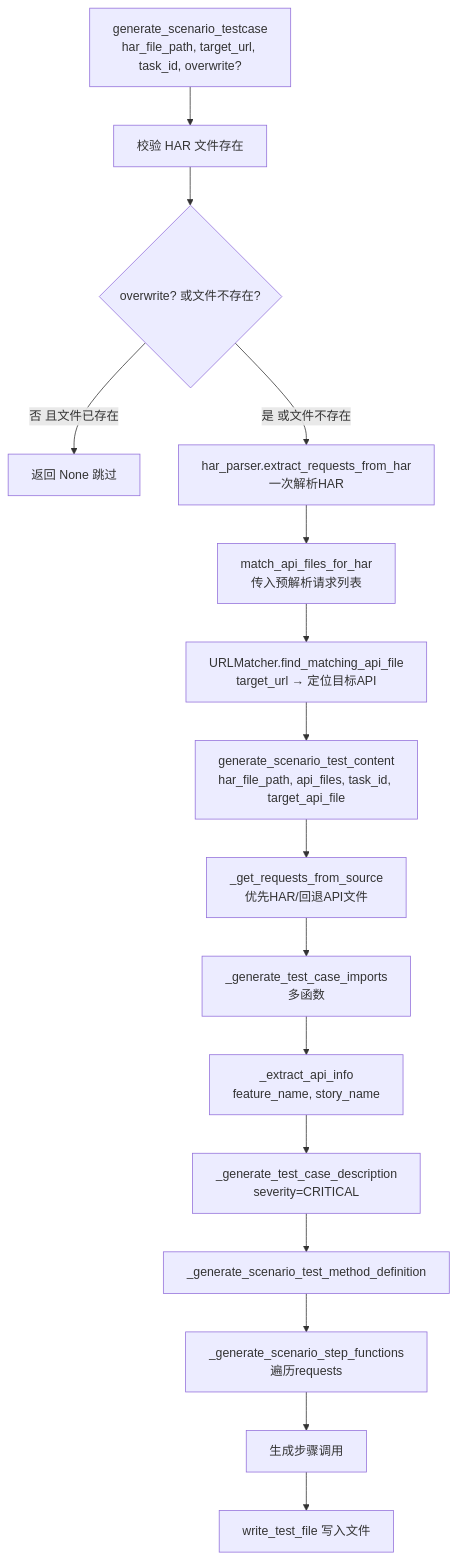
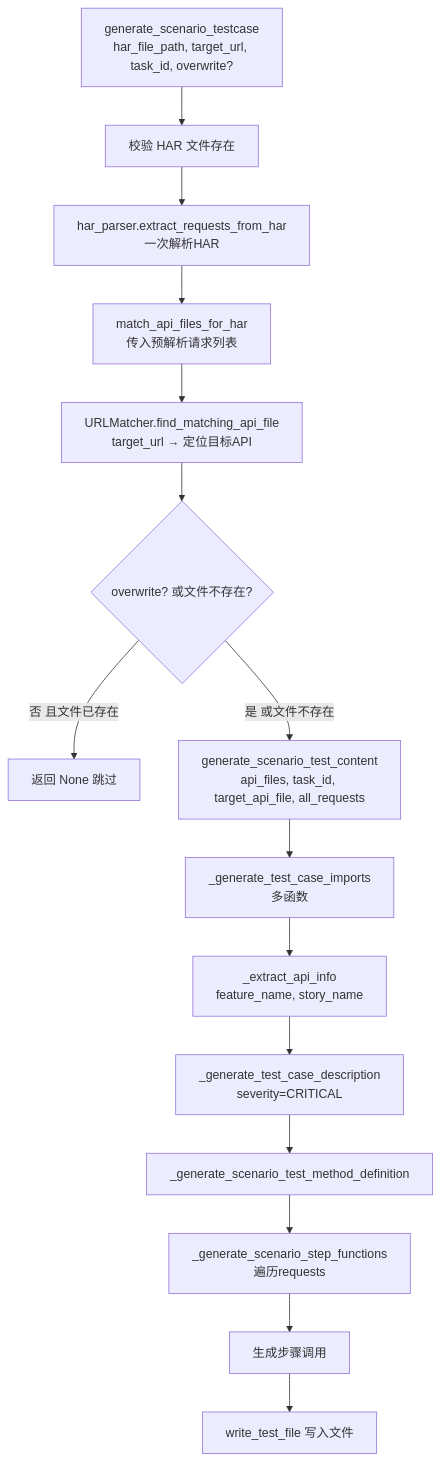
Before and after one commit to hewei198711/har2pytest: the second of 3 diagrams in docs/testcase_generation_modes.md, drawn with Mermaid. The commit also changed other lines of this file and 47 other files, not shown here.

Commit message:
测试用例生成器模块化重构：拆分为 param_builder/parametrized_codegen/scenario_codegen/time_pair/utils 五个协作模块 HAR 元数据体系完善：har_params 源头补齐、har_time_pairs 时间对元数据 时间参数动态计算：无 Swagger 场景 datetime 动态计算，方法体时间参数置 "" --overwrite 语义简化：整文件覆盖，不再复用旧 constant_params test_0 应用 constant_params：探测请求与参数化方法体取同一基准

````diff
--- a/docs/testcase_generation_modes.md
+++ b/docs/testcase_generation_modes.md
@@ -195,18 +160,17 @@
 ```mermaid
 flowchart TD
     A[generate_scenario_testcase<br/>har_file_path, target_url, task_id, overwrite?] --> B[校验 HAR 文件存在]
-    B --> C{overwrite? 或文件不存在?}
-    C -->|否 且文件已存在| D[返回 None 跳过]
-    C -->|是 或文件不存在| E[har_parser.extract_requests_from_har<br/>一次解析HAR]
-    E --> F[match_api_files_for_har<br/>传入预解析请求列表]
-    F --> G[URLMatcher.find_matching_api_file<br/>target_url → 定位目标API]
-    G --> H[generate_scenario_test_content<br/>har_file_path, api_files, task_id, target_api_file]
-    H --> I[_get_requests_from_source<br/>优先HAR/回退API文件]
-    I --> J[_generate_test_case_imports<br/>多函数]
-    J --> K[_extract_api_info<br/>feature_name, story_name]
-    K --> L[_generate_test_case_description<br/>severity=CRITICAL]
-    L --> N[_generate_scenario_test_method_definition]
-    N --> O[_generate_scenario_step_functions<br/>遍历requests]
-    O --> P[生成步骤调用]
-    P --> Q[write_test_file 写入文件]
+    B --> C[har_parser.extract_requests_from_har<br/>一次解析HAR]
+    C --> D[match_api_files_for_har<br/>传入预解析请求列表]
+    D --> E[URLMatcher.find_matching_api_file<br/>target_url → 定位目标API]
+    E --> F{overwrite? 或文件不存在?}
+    F -->|否 且文件已存在| G[返回 None 跳过]
+    F -->|是 或文件不存在| H[generate_scenario_test_content<br/>api_files, task_id, target_api_file, all_requests]
+    H --> I[_generate_test_case_imports<br/>多函数]
+    I --> J[_extract_api_info<br/>feature_name, story_name]
+    J --> K[_generate_test_case_description<br/>severity=CRITICAL]
+    K --> L[_generate_scenario_test_method_definition]
+    L --> M[_generate_scenario_step_functions<br/>遍历requests]
+    M --> N[生成步骤调用]
+    N --> O[write_test_file 写入文件]
 ```
````
